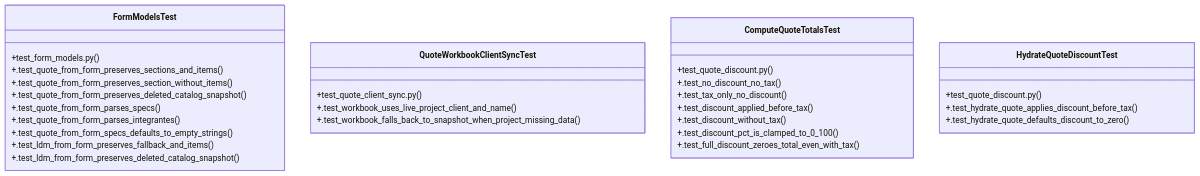
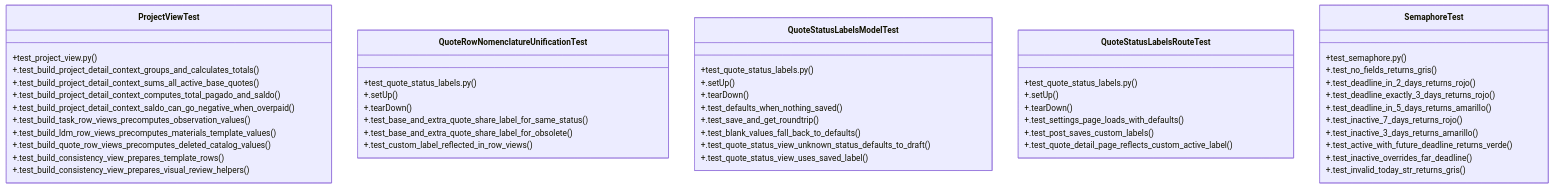
The diagram in graphify-out/wiki/Community_5.md (Daftrick/ProjectTracker), drawn with Mermaid before and after one commit. The commit also changed other lines of this file and 522 other files, not shown here.

````diff
--- a/graphify-out/wiki/Community_5.md
+++ b/graphify-out/wiki/Community_5.md
@@ -36,33 +36,53 @@
 ```mermaid
 classDiagram
-    class FormModelsTest {
-        +test_form_models.py()
-        +.test_quote_from_form_preserves_sections_and_items()
-        +.test_quote_from_form_preserves_section_without_items()
-        +.test_quote_from_form_preserves_deleted_catalog_snapshot()
-        +.test_quote_from_form_parses_specs()
-        +.test_quote_from_form_parses_integrantes()
-        +.test_quote_from_form_specs_defaults_to_empty_strings()
-        +.test_ldm_from_form_preserves_fallback_and_items()
-        +.test_ldm_from_form_preserves_deleted_catalog_snapshot()
+    class ProjectViewTest {
+        +test_project_view.py()
+        +.test_build_project_detail_context_groups_and_calculates_totals()
+        +.test_build_project_detail_context_sums_all_active_base_quotes()
+        +.test_build_project_detail_context_computes_total_pagado_and_saldo()
+        +.test_build_project_detail_context_saldo_can_go_negative_when_overpaid()
+        +.test_build_task_row_views_precomputes_observation_values()
+        +.test_build_ldm_row_views_precomputes_materials_template_values()
+        +.test_build_quote_row_views_precomputes_deleted_catalog_values()
+        +.test_build_consistency_view_prepares_template_rows()
+        +.test_build_consistency_view_prepares_visual_review_helpers()
     }
-    class QuoteWorkbookClientSyncTest {
-        +test_quote_client_sync.py()
-        +.test_workbook_uses_live_project_client_and_name()
-        +.test_workbook_falls_back_to_snapshot_when_project_missing_data()
+    class QuoteRowNomenclatureUnificationTest {
+        +test_quote_status_labels.py()
+        +.setUp()
+        +.tearDown()
+        +.test_base_and_extra_quote_share_label_for_same_status()
+        +.test_base_and_extra_quote_share_label_for_obsolete()
+        +.test_custom_label_reflected_in_row_views()
     }
-    class ComputeQuoteTotalsTest {
-        +test_quote_discount.py()
-        +.test_no_discount_no_tax()
-        +.test_tax_only_no_discount()
-        +.test_discount_applied_before_tax()
-        +.test_discount_without_tax()
-        +.test_discount_pct_is_clamped_to_0_100()
-        +.test_full_discount_zeroes_total_even_with_tax()
+    class QuoteStatusLabelsModelTest {
+        +test_quote_status_labels.py()
+        +.setUp()
+        +.tearDown()
+        +.test_defaults_when_nothing_saved()
+        +.test_save_and_get_roundtrip()
+        +.test_blank_values_fall_back_to_defaults()
+        +.test_quote_status_view_unknown_status_defaults_to_draft()
+        +.test_quote_status_view_uses_saved_label()
     }
-    class HydrateQuoteDiscountTest {
-        +test_quote_discount.py()
-        +.test_hydrate_quote_applies_discount_before_tax()
-        +.test_hydrate_quote_defaults_discount_to_zero()
+    class QuoteStatusLabelsRouteTest {
+        +test_quote_status_labels.py()
+        +.setUp()
+        +.tearDown()
+        +.test_settings_page_loads_with_defaults()
+        +.test_post_saves_custom_labels()
+        +.test_quote_detail_page_reflects_custom_active_label()
+    }
+    class SemaphoreTest {
+        +test_semaphore.py()
+        +.test_no_fields_returns_gris()
+        +.test_deadline_in_2_days_returns_rojo()
+        +.test_deadline_exactly_3_days_returns_rojo()
+        +.test_deadline_in_5_days_returns_amarillo()
+        +.test_inactive_7_days_returns_rojo()
+        +.test_inactive_3_days_returns_amarillo()
+        +.test_active_with_future_deadline_returns_verde()
+        +.test_inactive_overrides_far_deadline()
+        +.test_invalid_today_str_returns_gris()
     }
 ```
````
